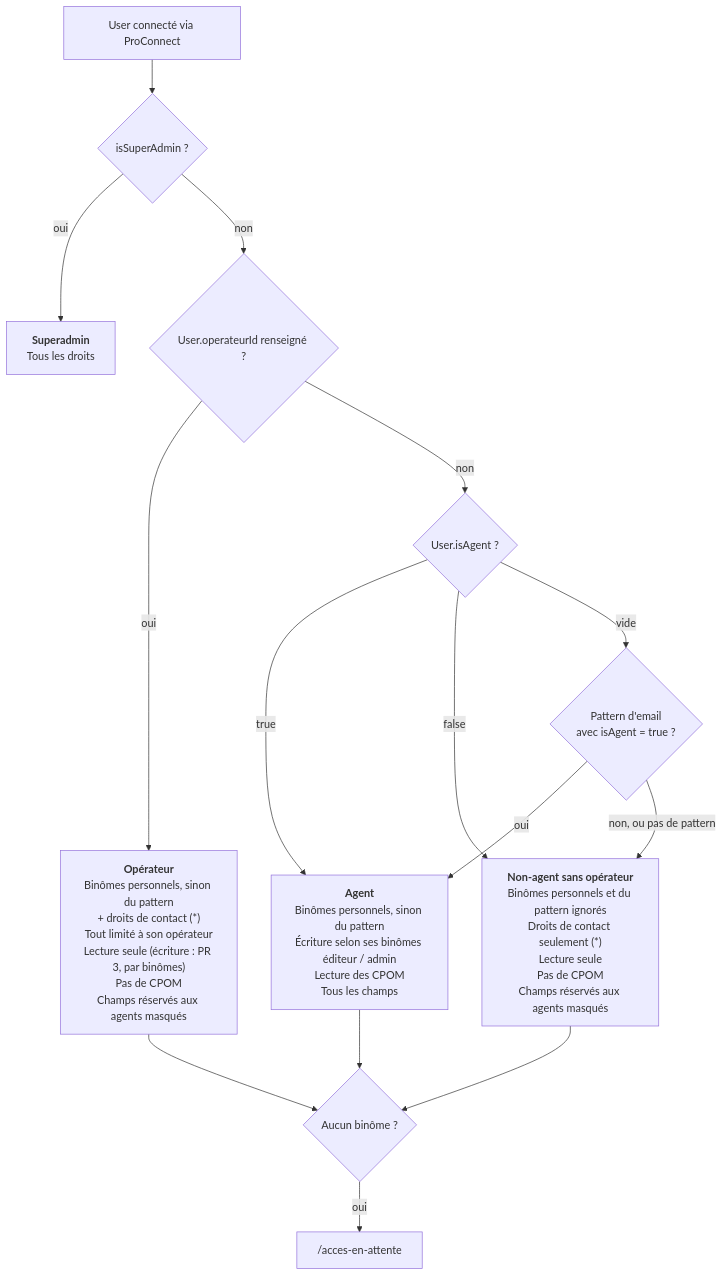
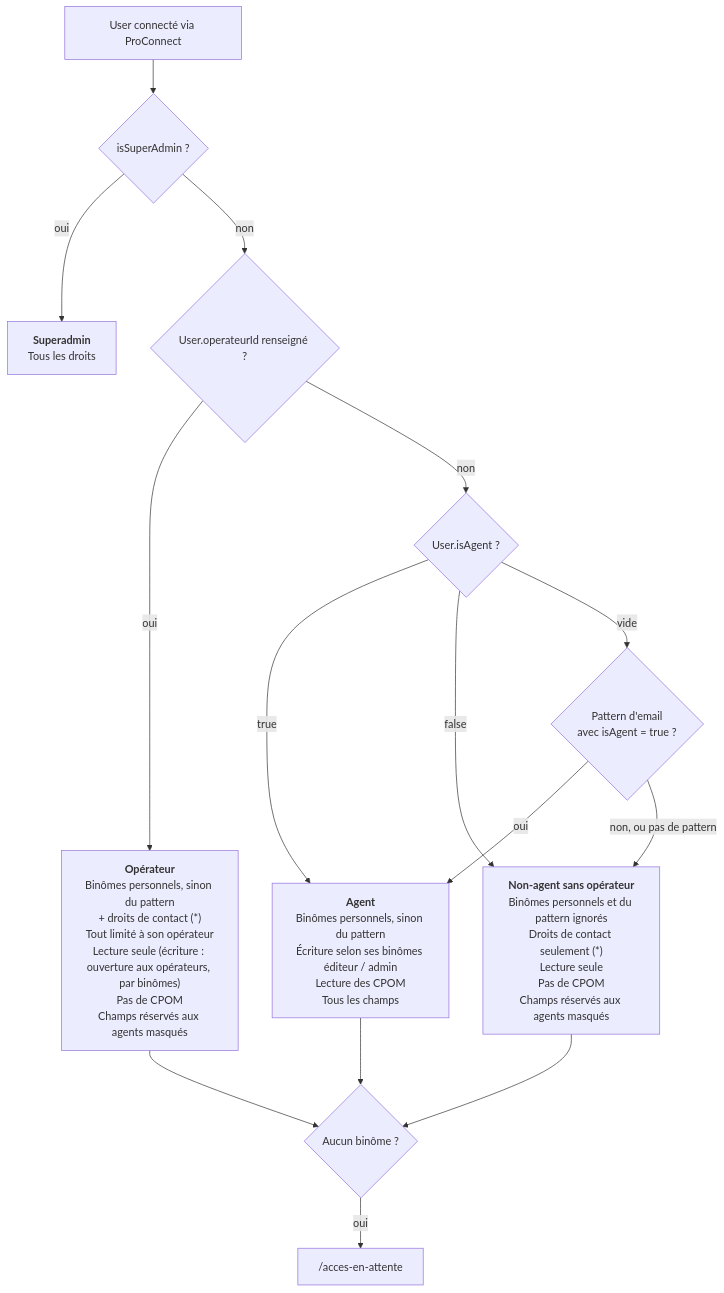
Before and after one commit to betagouv/bhasile: the diagram in docs/permissions.md, drawn with Mermaid. The commit also changed other lines of this file, not shown here.

````diff
--- a/docs/permissions.md
+++ b/docs/permissions.md
@@ -43,20 +43,20 @@
 ```mermaid
 flowchart TD
     U[User connecté via ProConnect] --> SA{isSuperAdmin ?}
     SA -- oui --> SUP["<b>Superadmin</b><br/>Tous les droits"]
     SA -- non --> OP{User.operateurId renseigné ?}
     OP -- oui --> OPE
     OP -- non --> UA{User.isAgent ?}
     UA -- true --> AGE
     UA -- false --> CT
     UA -- vide --> PA{"Pattern d'email<br/>avec isAgent = true ?"}
     PA -- oui --> AGE
     PA -- "non, ou pas de pattern" --> CT
 
     AGE["<b>Agent</b><br/>Binômes personnels, sinon du pattern<br/>Écriture selon ses binômes éditeur / admin<br/>Lecture des CPOM<br/>Tous les champs"]
-    OPE["<b>Opérateur</b><br/>Binômes personnels, sinon du pattern<br/>+ droits de contact (*)<br/>Tout limité à son opérateur<br/>Lecture seule (écriture : PR 3, par binômes)<br/>Pas de CPOM<br/>Champs réservés aux agents masqués"]
+    OPE["<b>Opérateur</b><br/>Binômes personnels, sinon du pattern<br/>+ droits de contact (*)<br/>Tout limité à son opérateur<br/>Lecture seule (écriture : ouverture aux opérateurs, par binômes)<br/>Pas de CPOM<br/>Champs réservés aux agents masqués"]
     CT["<b>Non-agent sans opérateur</b><br/>Binômes personnels et du pattern ignorés<br/>Droits de contact seulement (*)<br/>Lecture seule<br/>Pas de CPOM<br/>Champs réservés aux agents masqués"]
 
     AGE & OPE & CT --> NONE{Aucun binôme ?}
     NONE -- oui --> WAIT["/acces-en-attente"]
 ```
````
